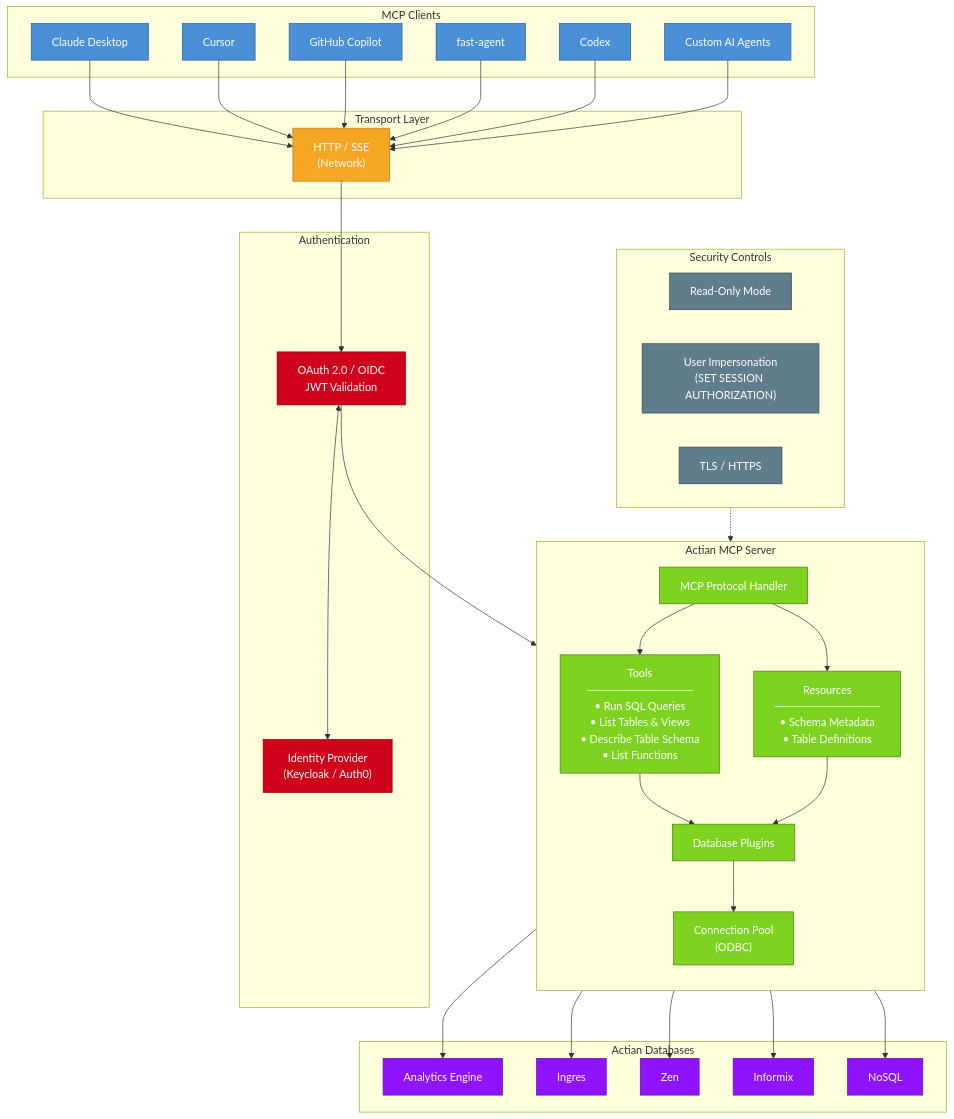
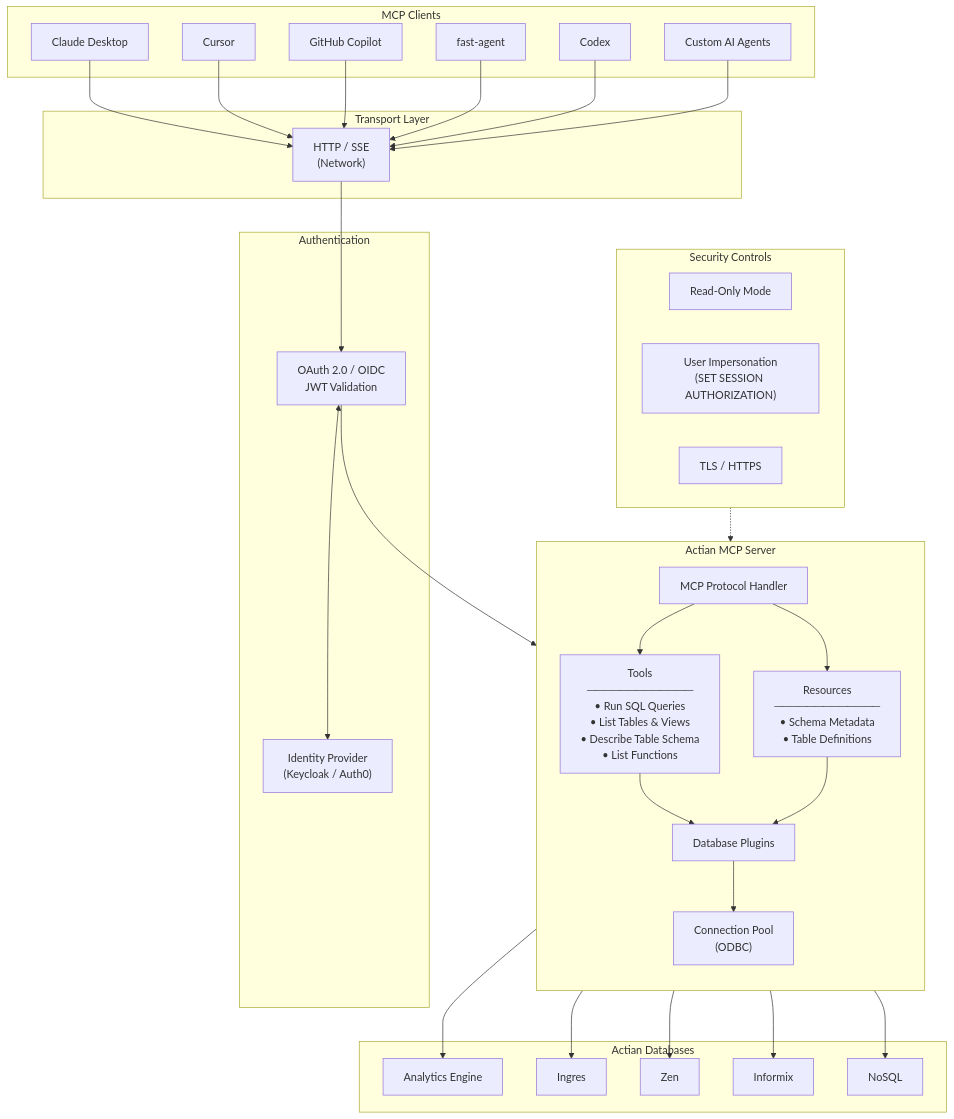
The first of 2 diagrams in docs/intro/index.md (ActianCorp/mcp-server-docs), drawn with Mermaid before and after one commit. The commit also changed other lines of this file and 2 other files, not shown here.

````diff
--- a/docs/intro/index.md
+++ b/docs/intro/index.md
@@ -105,18 +102,4 @@
     pool --> ae & ingres & zen & informix & nosql
 
     Security -.-> MCP
-
-    classDef clientStyle fill:#4A90D9,stroke:#2C5F8A,color:#fff
-    classDef transportStyle fill:#F5A623,stroke:#C17D15,color:#fff
-    classDef authStyle fill:#D0021B,stroke:#8B0000,color:#fff
-    classDef serverStyle fill:#7ED321,stroke:#4A7A12,color:#fff
-    classDef dbStyle fill:#9013FE,stroke:#5A0A9E,color:#fff
-    classDef secStyle fill:#607D8B,stroke:#37474F,color:#fff
-
-    class claude,cursor,copilot,fastagent,codex,custom clientStyle
-    class http transportStyle
-    class idp,oauth authStyle
-    class core,tools,resources,plugins,pool serverStyle
-    class ae,ingres,zen,informix,nosql dbStyle
-    class readonly,impersonation,tls secStyle
 ```
````
